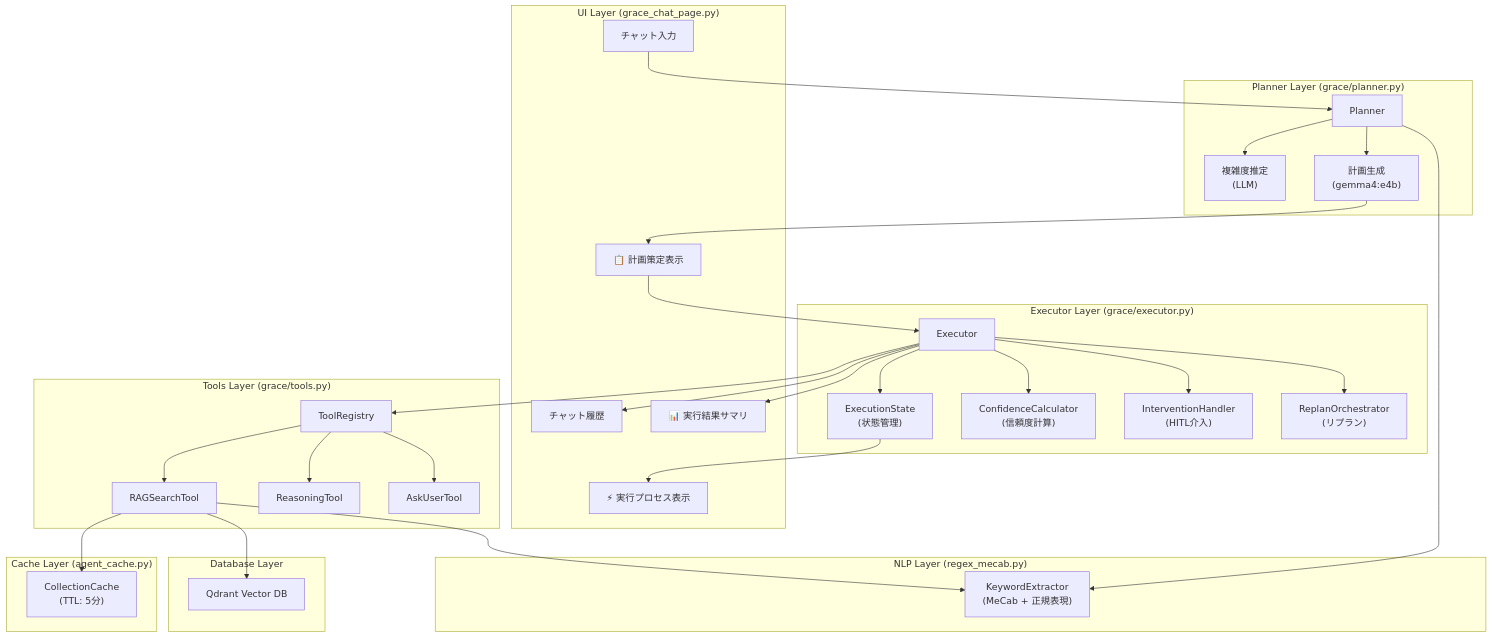
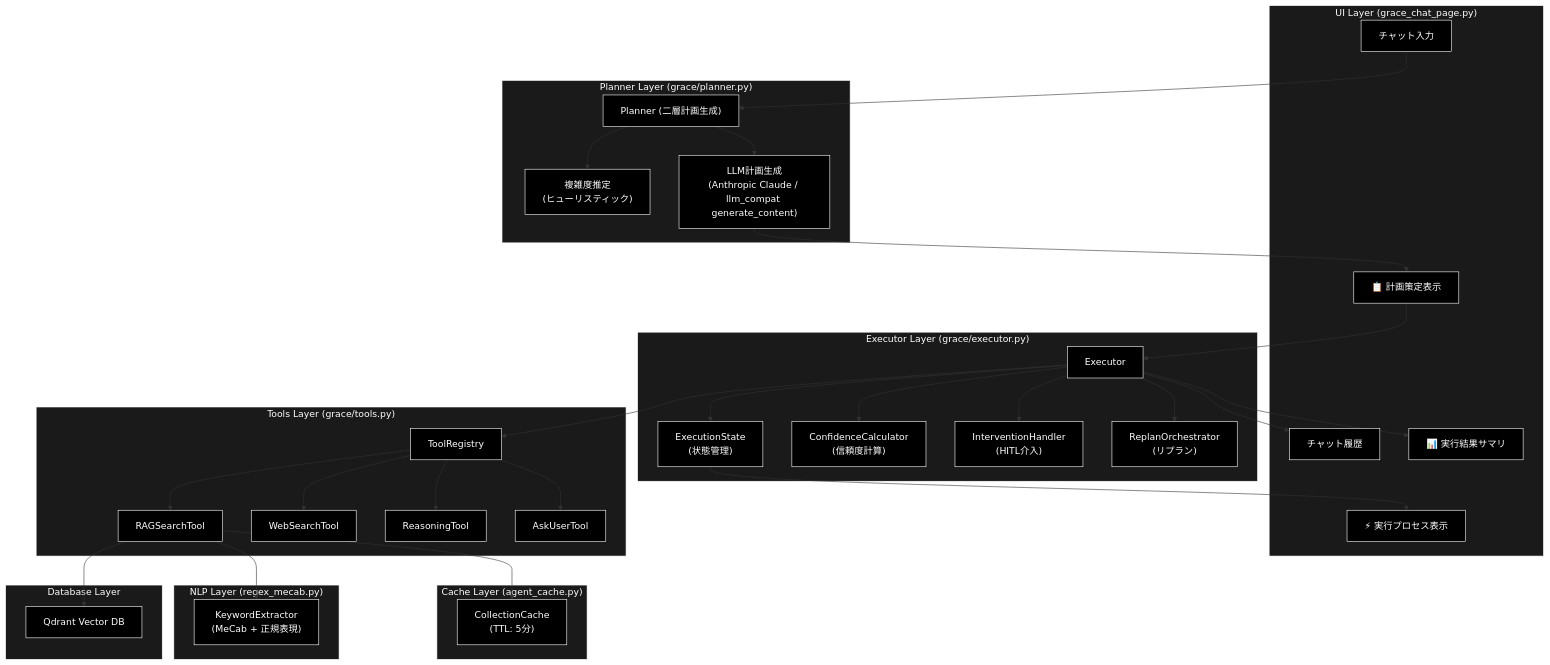
Before and after one commit to nakashima2toshio/ollama_grace_agent_v2: the first of 13 diagrams in readme_autonomous_agent.md, drawn with Mermaid. The commit also changed other lines of this file and 7 other files, not shown here.

````diff
--- a/readme_autonomous_agent.md
+++ b/readme_autonomous_agent.md
@@ -73,64 +76,75 @@
 ```mermaid
 flowchart TB
     subgraph UI["UI Layer (grace_chat_page.py)"]
         ChatInput["チャット入力"]
         ChatHistory["チャット履歴"]
         PlanView["📋 計画策定表示"]
         ExecView["⚡ 実行プロセス表示"]
         ResultView["📊 実行結果サマリ"]
     end
 
     subgraph Planner_Layer["Planner Layer (grace/planner.py)"]
-        Planner["Planner"]
-        ComplexityEstimator["複雑度推定<br/>(LLM)"]
-        PlanGeneration["計画生成<br/>(gemma4:e4b)"]
+        Planner["Planner (二層計画生成)"]
+        ComplexityEstimator["複雑度推定<br/>(ヒューリスティック)"]
+        PlanGeneration["LLM計画生成<br/>(Anthropic Claude / llm_compat generate_content)"]
     end
 
     subgraph Executor_Layer["Executor Layer (grace/executor.py)"]
         Executor["Executor"]
         StateManager["ExecutionState<br/>(状態管理)"]
         ConfCalc["ConfidenceCalculator<br/>(信頼度計算)"]
         IntHandler["InterventionHandler<br/>(HITL介入)"]
         ReplanOrch["ReplanOrchestrator<br/>(リプラン)"]
     end
 
     subgraph Tools["Tools Layer (grace/tools.py)"]
         ToolRegistry["ToolRegistry"]
         RAGSearch["RAGSearchTool"]
+        WebSearch["WebSearchTool"]
         Reasoning["ReasoningTool"]
         AskUser["AskUserTool"]
     end
 
     subgraph Cache["Cache Layer (agent_cache.py)"]
         CollectionCache["CollectionCache<br/>(TTL: 5分)"]
     end
 
     subgraph NLP["NLP Layer (regex_mecab.py)"]
         KeywordExtractor["KeywordExtractor<br/>(MeCab + 正規表現)"]
     end
 
     subgraph DB["Database Layer"]
         Qdrant["Qdrant Vector DB"]
     end
 
     ChatInput --> Planner
     Planner --> ComplexityEstimator
     Planner --> PlanGeneration
     PlanGeneration --> PlanView
     PlanView --> Executor
     Executor --> StateManager
     Executor --> ConfCalc
     Executor --> IntHandler
     Executor --> ReplanOrch
     Executor --> ToolRegistry
     ToolRegistry --> RAGSearch
+    ToolRegistry --> WebSearch
     ToolRegistry --> Reasoning
     ToolRegistry --> AskUser
     RAGSearch --> CollectionCache
     RAGSearch --> Qdrant
-    Planner --> KeywordExtractor
     RAGSearch --> KeywordExtractor
     StateManager --> ExecView
     Executor --> ResultView
     Executor --> ChatHistory
+classDef default fill:#000,stroke:#fff,color:#fff
+classDef subgraphStyle fill:#1a1a1a,stroke:#fff,color:#fff
+class AskUser,ChatHistory,ChatInput,CollectionCache,ComplexityEstimator,ConfCalc,DB,ExecView,Executor,IntHandler,KeywordExtractor,PlanGeneration,PlanView,Planner,Qdrant,RAGSearch,Reasoning,ReplanOrch,ResultView,StateManager,ToolRegistry,WebSearch default
+style UI fill:#1a1a1a,stroke:#fff,color:#fff
+style Planner_Layer fill:#1a1a1a,stroke:#fff,color:#fff
+style Executor_Layer fill:#1a1a1a,stroke:#fff,color:#fff
+style Tools fill:#1a1a1a,stroke:#fff,color:#fff
+style Cache fill:#1a1a1a,stroke:#fff,color:#fff
+style NLP fill:#1a1a1a,stroke:#fff,color:#fff
+style DB fill:#1a1a1a,stroke:#fff,color:#fff
 ```
````
